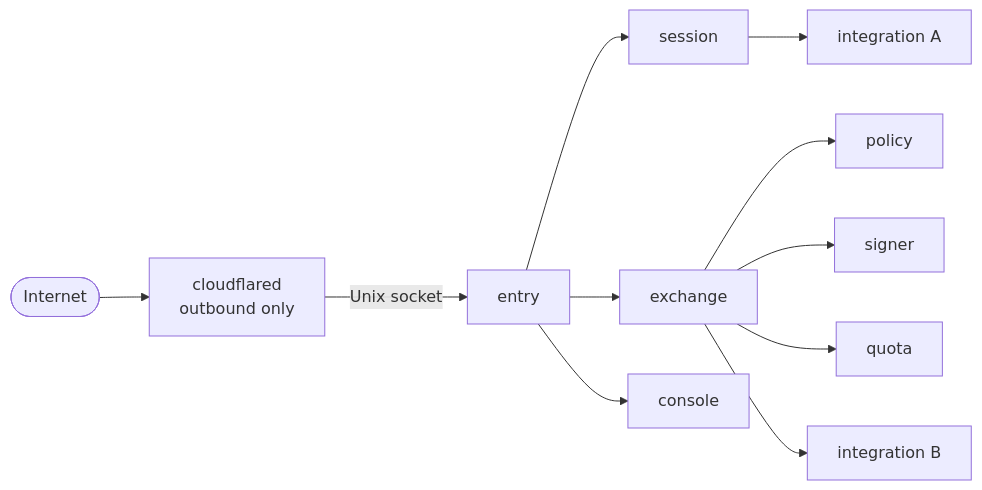
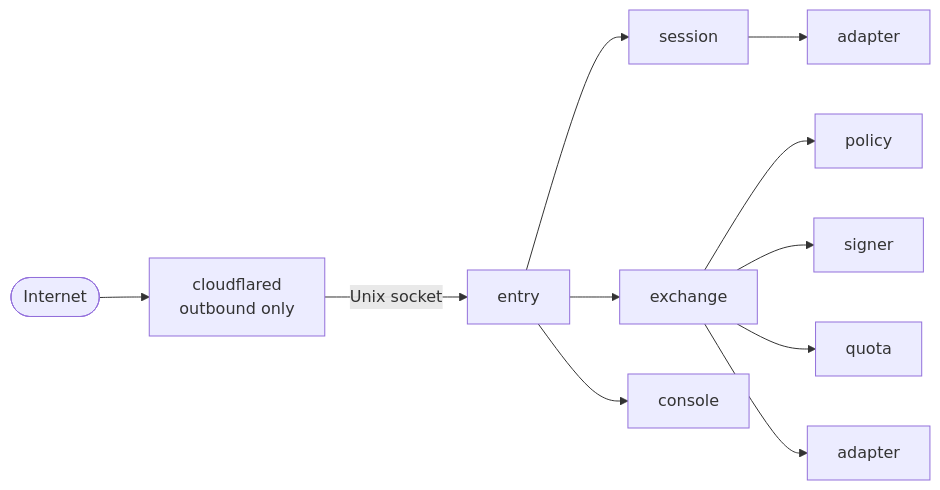
One commit to truvity/access-roster changed the seventh of 9 diagrams in docs/architecture/components.md. Above: the diagram before and after it, drawn with Mermaid. The commit also changed other lines of this file and 11 other files, not shown here.

First line of the commit message:
docs: the architecture pages and the explorers (wave 2)

````diff
--- a/docs/architecture/components.md
+++ b/docs/architecture/components.md
@@ -295,13 +319,13 @@
 ```mermaid
 flowchart LR
   net(["Internet"]) --> cf["cloudflared<br/>outbound only"]
   cf -->|"Unix socket"| entry["entry"]
   entry --> sess["session"]
   entry --> xchg["exchange"]
   entry --> con["console"]
   xchg --> policy["policy"]
   xchg --> signer["signer"]
   xchg --> quota["quota"]
-  sess --> ia["integration A"]
-  xchg --> ib["integration B"]
+  sess --> ia["adapter"]
+  xchg --> ib["adapter"]
 ```
````
